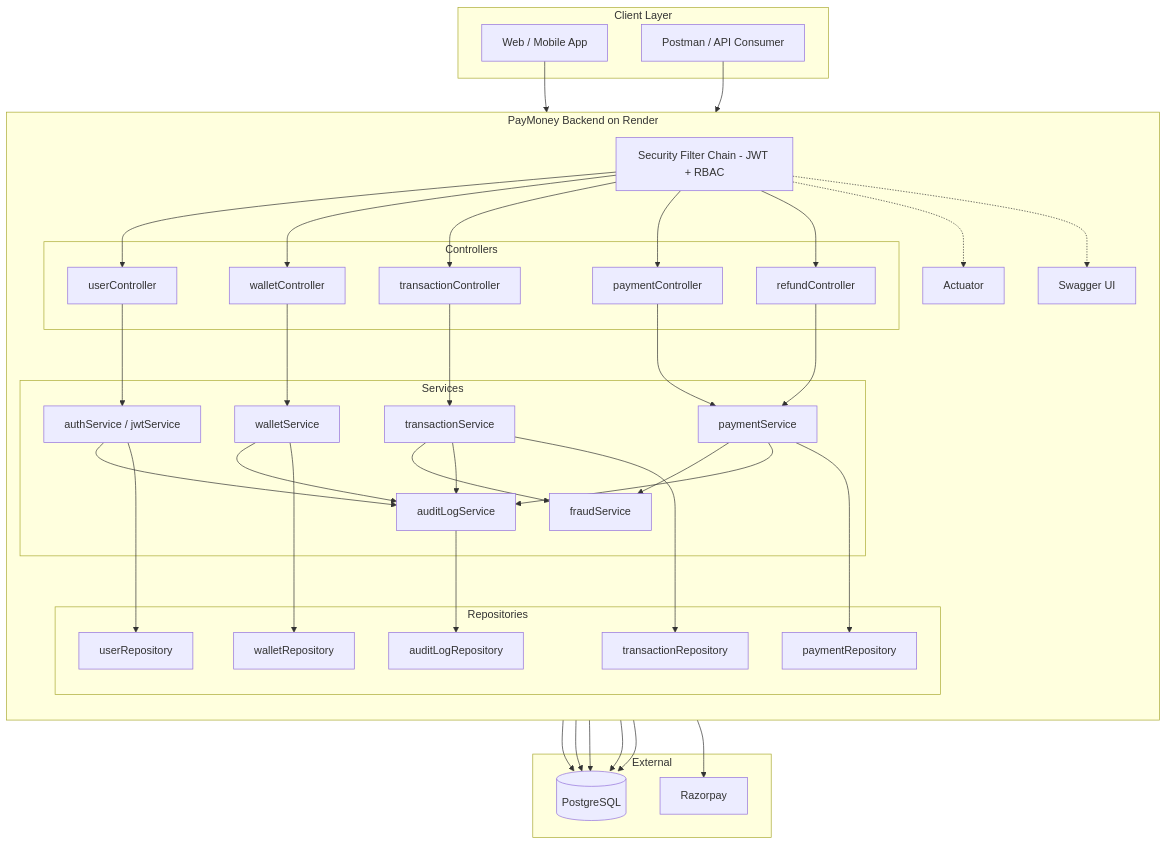
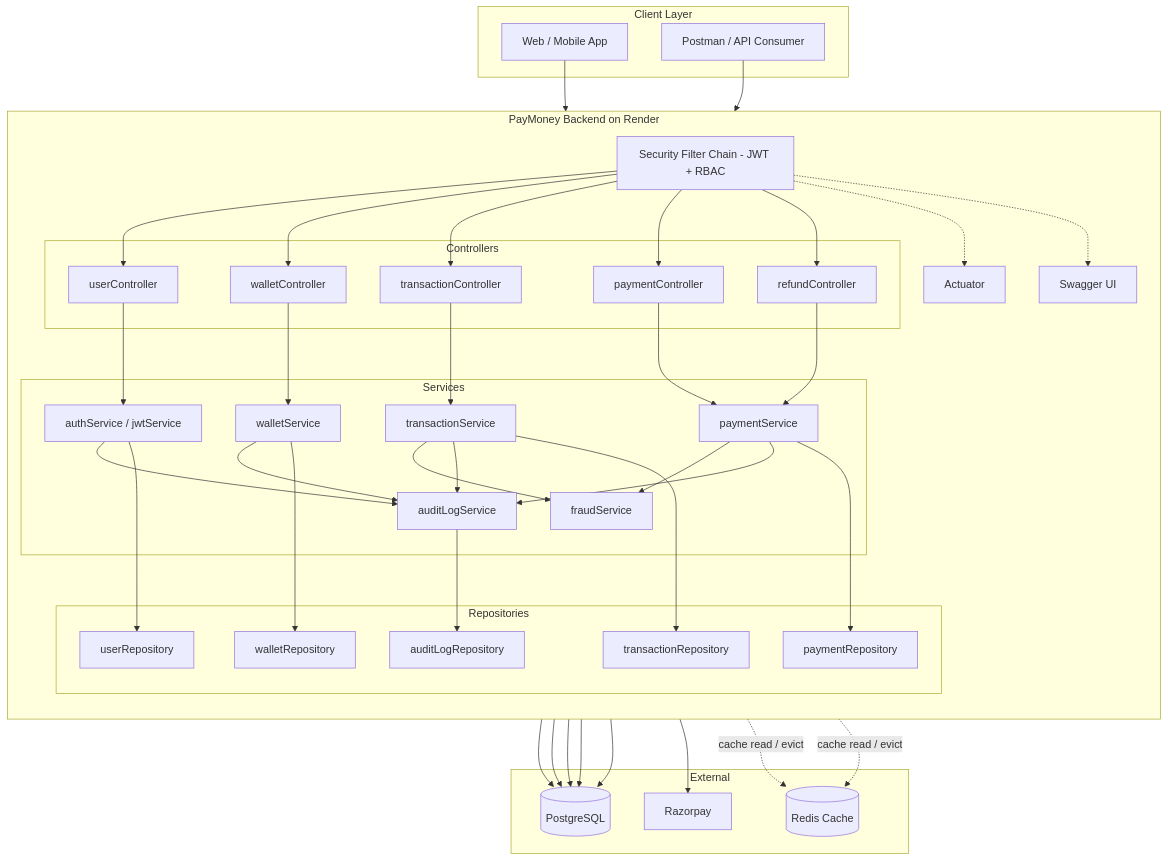
The first of 6 diagrams in ReadMe.md (VASUSINH/PayMoney), drawn with Mermaid before and after one commit. The commit also changed other lines of this file, not shown here.

Commit message:
Add author section to ReadMe.md

````diff
--- a/ReadMe.md
+++ b/ReadMe.md
@@ -202,71 +204,75 @@
 ```mermaid
 flowchart TB
     subgraph Client["Client Layer"]
         A1[Web / Mobile App]
         A2[Postman / API Consumer]
     end
 
     subgraph BE["PayMoney Backend on Render"]
         direction TB
         B0["Security Filter Chain - JWT + RBAC"]
 
         subgraph Controllers["Controllers"]
             C1[userController]
             C2[walletController]
             C3[transactionController]
             C4[paymentController]
             C5[refundController]
         end
 
         subgraph Services["Services"]
             S1[authService / jwtService]
             S2[walletService]
             S3[transactionService]
             S4[paymentService]
             S5[fraudService]
             S6[auditLogService]
         end
 
         subgraph Repos["Repositories"]
             R1[userRepository]
             R2[walletRepository]
             R3[transactionRepository]
             R4[paymentRepository]
             R5[auditLogRepository]
         end
 
         M1[Actuator]
         M2[Swagger UI]
     end
 
     subgraph External["External"]
         E1[(PostgreSQL)]
         E2[Razorpay]
+        E3[(Redis Cache)]
     end
 
     A1 --> B0
     A2 --> B0
     B0 --> C1 & C2 & C3 & C4 & C5
 
     C1 --> S1
     C2 --> S2
     C3 --> S3
     C4 --> S4
     C5 --> S4
 
     S3 --> S5
     S4 --> S5
     S1 & S2 & S3 & S4 --> S6
 
     S1 --> R1
     S2 --> R2
     S3 --> R3
     S4 --> R4
     S6 --> R5
     S4 --> E2
 
     R1 & R2 & R3 & R4 & R5 --> E1
 
+    S2 -.->|"cache read / evict"| E3
+    S3 -.->|"cache read / evict"| E3
+
     B0 -.-> M1
     B0 -.-> M2
 ```
````
